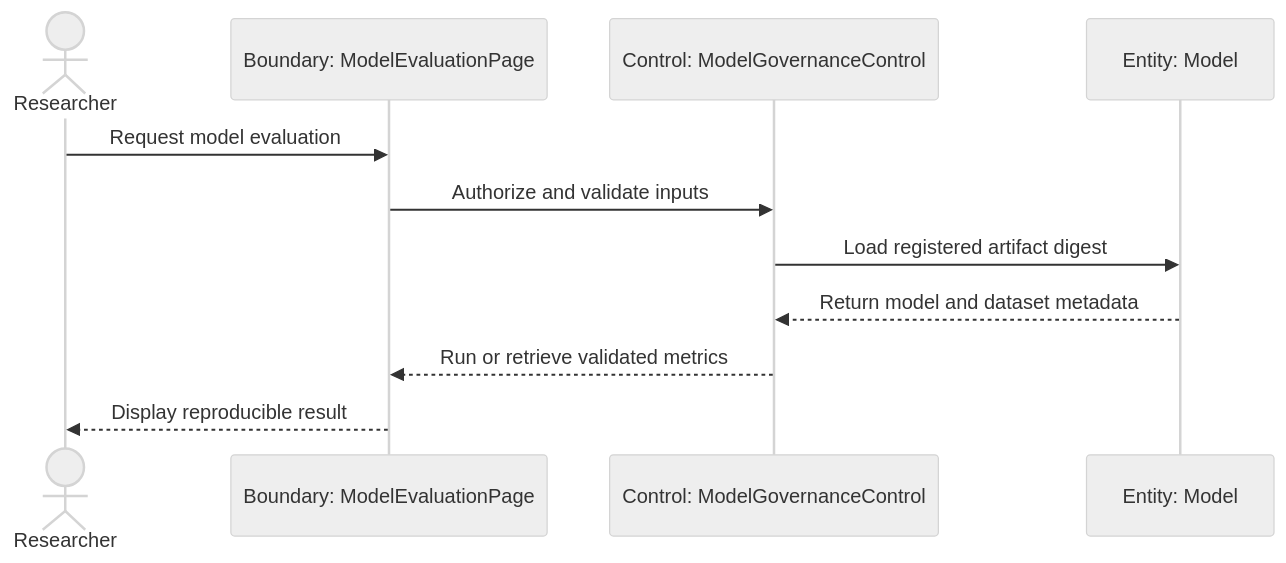
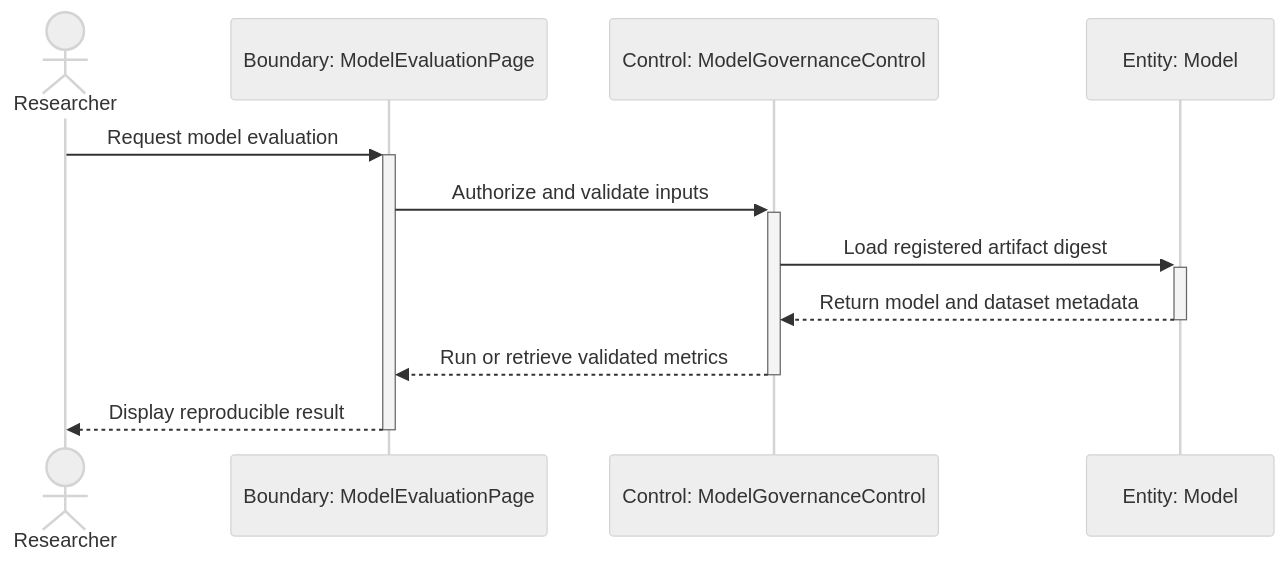
One commit to zhabgjialu2003-sudo/Counting-Maize-Tassels-in-the-Wild-via-Deep-Neural-Network changed the diagram in docs/design/uml/story-extensions/b-9/sequence.mmd. Above: the diagram before and after it, drawn with Mermaid (neutral theme). The commit also changed 32 other files, not shown here.

First line of the commit message:
docs(diagrams): add sequence activation bars

```diff
--- a/docs/design/uml/story-extensions/b-9/sequence.mmd
+++ b/docs/design/uml/story-extensions/b-9/sequence.mmd
@@ -1,11 +1,11 @@
 sequenceDiagram
 actor Researcher as Researcher
 participant ModelEvaluationPage as Boundary: ModelEvaluationPage
 participant ModelGovernanceControl as Control: ModelGovernanceControl
 participant Model as Entity: Model
-Researcher->>ModelEvaluationPage: Request model evaluation
-ModelEvaluationPage->>ModelGovernanceControl: Authorize and validate inputs
-ModelGovernanceControl->>Model: Load registered artifact digest
-Model-->>ModelGovernanceControl: Return model and dataset metadata
-ModelGovernanceControl-->>ModelEvaluationPage: Run or retrieve validated metrics
-ModelEvaluationPage-->>Researcher: Display reproducible result
+Researcher->>+ModelEvaluationPage: Request model evaluation
+ModelEvaluationPage->>+ModelGovernanceControl: Authorize and validate inputs
+ModelGovernanceControl->>+Model: Load registered artifact digest
+Model-->>-ModelGovernanceControl: Return model and dataset metadata
+ModelGovernanceControl-->>-ModelEvaluationPage: Run or retrieve validated metrics
+ModelEvaluationPage-->>-Researcher: Display reproducible result
```
